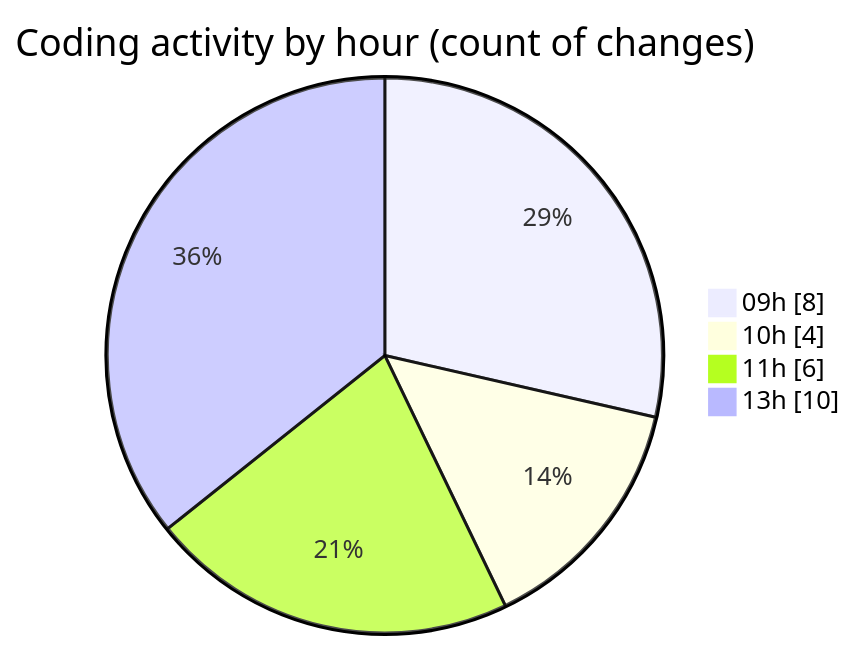
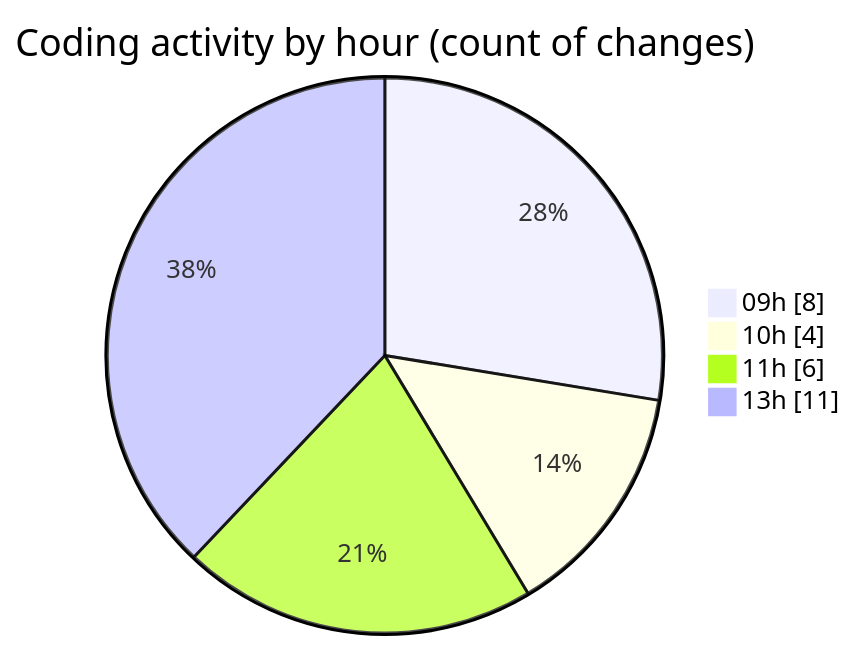
Before and after one commit to ricardozamudiocil/code-tracking: the second of 2 diagrams in 2026-05-12/cilapp/README.md, drawn with Mermaid. The commit also changed other lines of this file and 1 other file, not shown here.

````diff
--- a/2026-05-12/cilapp/README.md
+++ b/2026-05-12/cilapp/README.md
@@ -36,8 +36,8 @@
 ```mermaid
 pie showData
 title Coding activity by hour (count of changes)
 "09h" : 8
 "10h" : 4
 "11h" : 6
-"13h" : 10
+"13h" : 11
 ```
````
